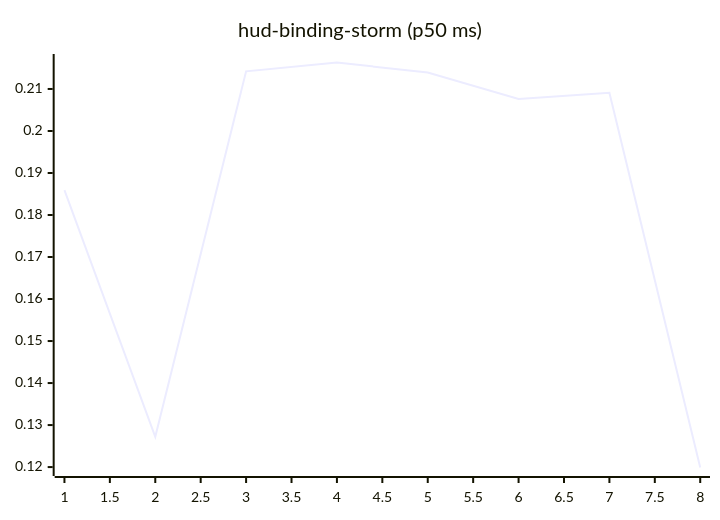
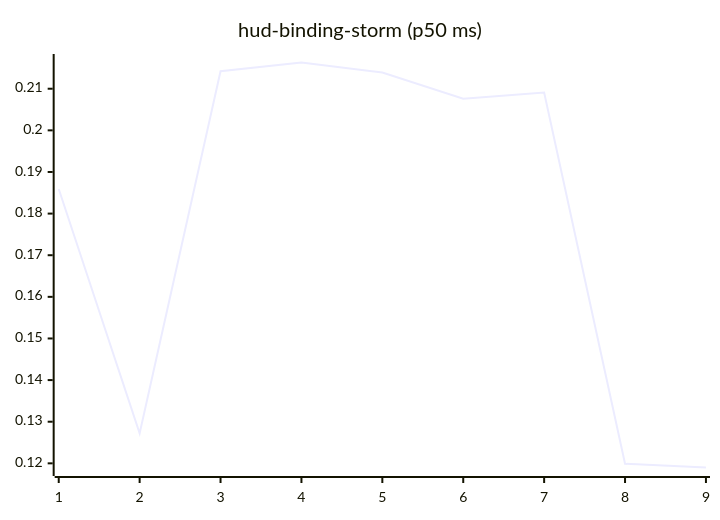
Before and after one commit to josha/Facet: the tenth of 27 diagrams in README.md, drawn with Mermaid. The commit also changed other lines of this file and 2 other files, not shown here.

````diff
--- a/README.md
+++ b/README.md
@@ -126,6 +126,6 @@
 ```mermaid
 xychart-beta
     title "hud-binding-storm (p50 ms)"
-    x-axis 1 --> 8
-    line [0.1859, 0.1272, 0.2142, 0.2163, 0.2139, 0.2076, 0.2091, 0.1199]
+    x-axis 1 --> 9
+    line [0.1859, 0.1272, 0.2142, 0.2163, 0.2139, 0.2076, 0.2091, 0.1199, 0.1190]
 ```
````
